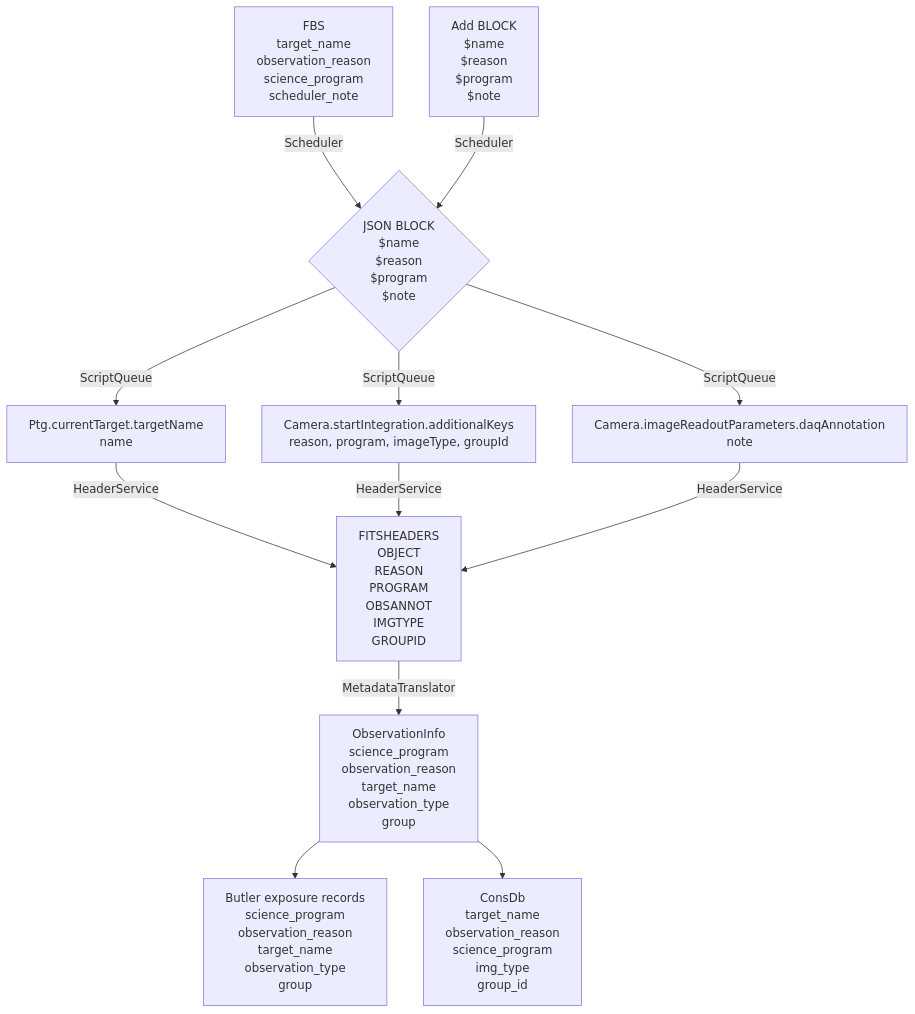
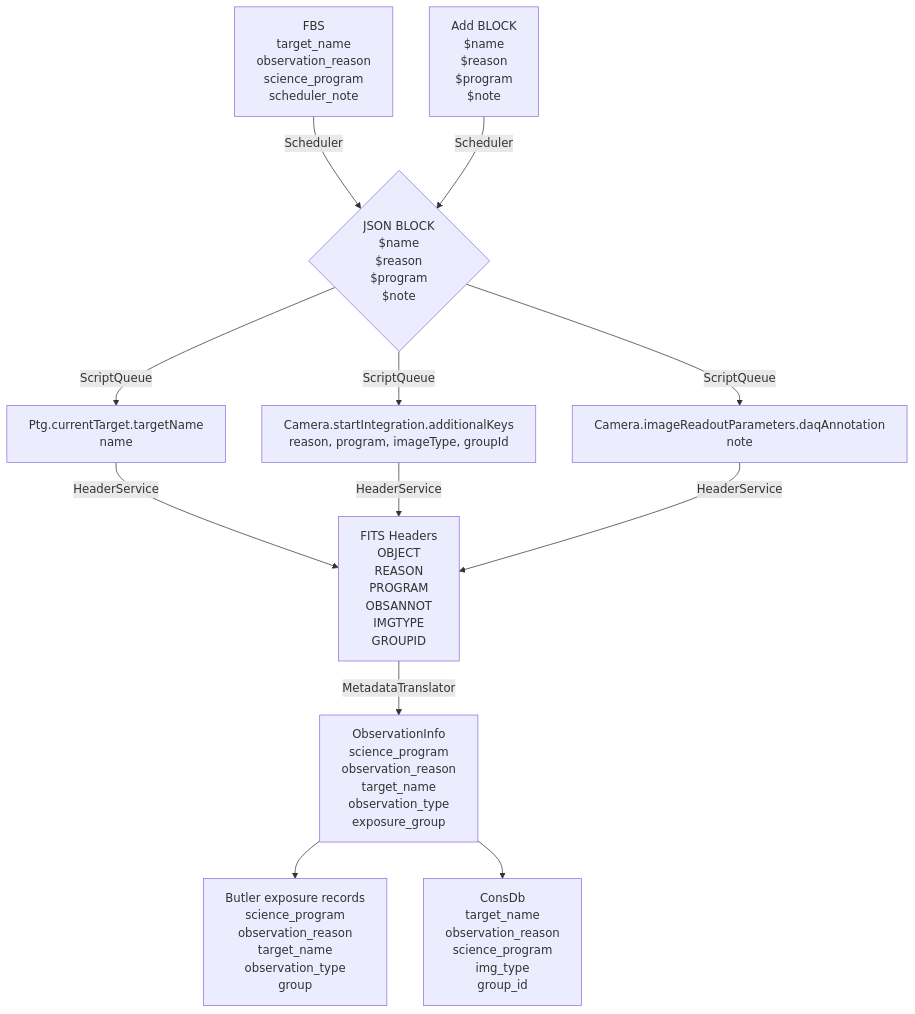
Before and after one commit to lsst/rtn-096: the diagram in metadata_flow.mmd, drawn with Mermaid.

Commit message:
Fix group name for ObsInfo

```diff
--- a/metadata_flow.mmd
+++ b/metadata_flow.mmd
@@ -1,14 +1,14 @@
 flowchart TD
-    A[FBS <br> target_name<br> observation_reason <br> science_program <br>scheduler_note] 
-    -->|Scheduler|C{JSON BLOCK <br> $name <br> $reason <br> $program <br> $note} 
-    B[Add BLOCK <br> $name <br> $reason <br> $program <br> $note] 
+    A[FBS <br> target_name<br> observation_reason <br> science_program <br>scheduler_note]
+    -->|Scheduler|C{JSON BLOCK <br> $name <br> $reason <br> $program <br> $note}
+    B[Add BLOCK <br> $name <br> $reason <br> $program <br> $note]
     -->|Scheduler|C
     C -->|ScriptQueue|D[Ptg.currentTarget.targetName<br>name]
     C -->|ScriptQueue|E[Camera.startIntegration.additionalKeys<br>reason, program, imageType, groupId]
     C -->|ScriptQueue|F[Camera.imageReadoutParameters.daqAnnotation<br>note]
-    D -->|HeaderService|G[FITSHEADERS<br>OBJECT<br>REASON<br>PROGRAM<br>OBSANNOT<br>IMGTYPE<br>GROUPID]
+    D -->|HeaderService|G[FITS Headers<br>OBJECT<br>REASON<br>PROGRAM<br>OBSANNOT<br>IMGTYPE<br>GROUPID]
     E -->|HeaderService|G
     F -->|HeaderService|G
-    G -->|MetadataTranslator|H[ObservationInfo<br>science_program<br>observation_reason<br>target_name<br>observation_type<br>group]
+    G -->|MetadataTranslator|H[ObservationInfo<br>science_program<br>observation_reason<br>target_name<br>observation_type<br>exposure_group]
     H -->I[Butler exposure records<br>science_program<br>observation_reason<br>target_name<br>observation_type<br>group]
     H -->J[ConsDb<br> target_name<br> observation_reason<br>science_program<br>img_type<br>group_id]
```
